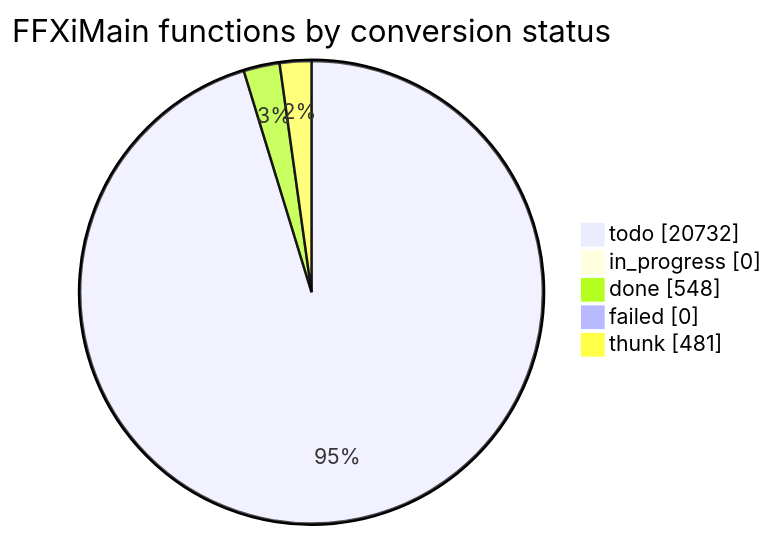
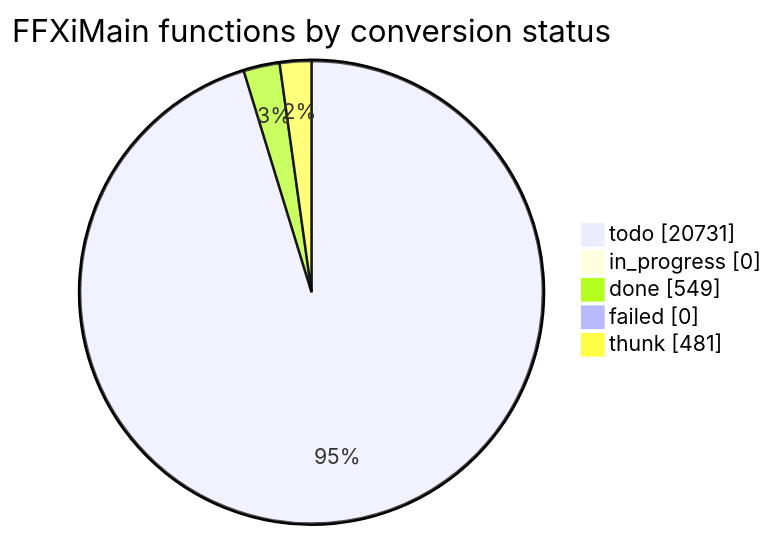
One commit to cowrevenge/cow_kuluu_xi_anything changed the diagram in docs/cow/STATUS.md. Above: the diagram before and after it, drawn with Mermaid. The commit also changed other lines of this file and 9 other files, not shown here.

````diff
--- a/docs/cow/STATUS.md
+++ b/docs/cow/STATUS.md
@@ -18,9 +18,9 @@
 ```mermaid
 pie showData
     title FFXiMain functions by conversion status
-    "todo" : 20732
+    "todo" : 20731
     "in_progress" : 0
-    "done" : 548
+    "done" : 549
     "failed" : 0
     "thunk" : 481
 ```
````
